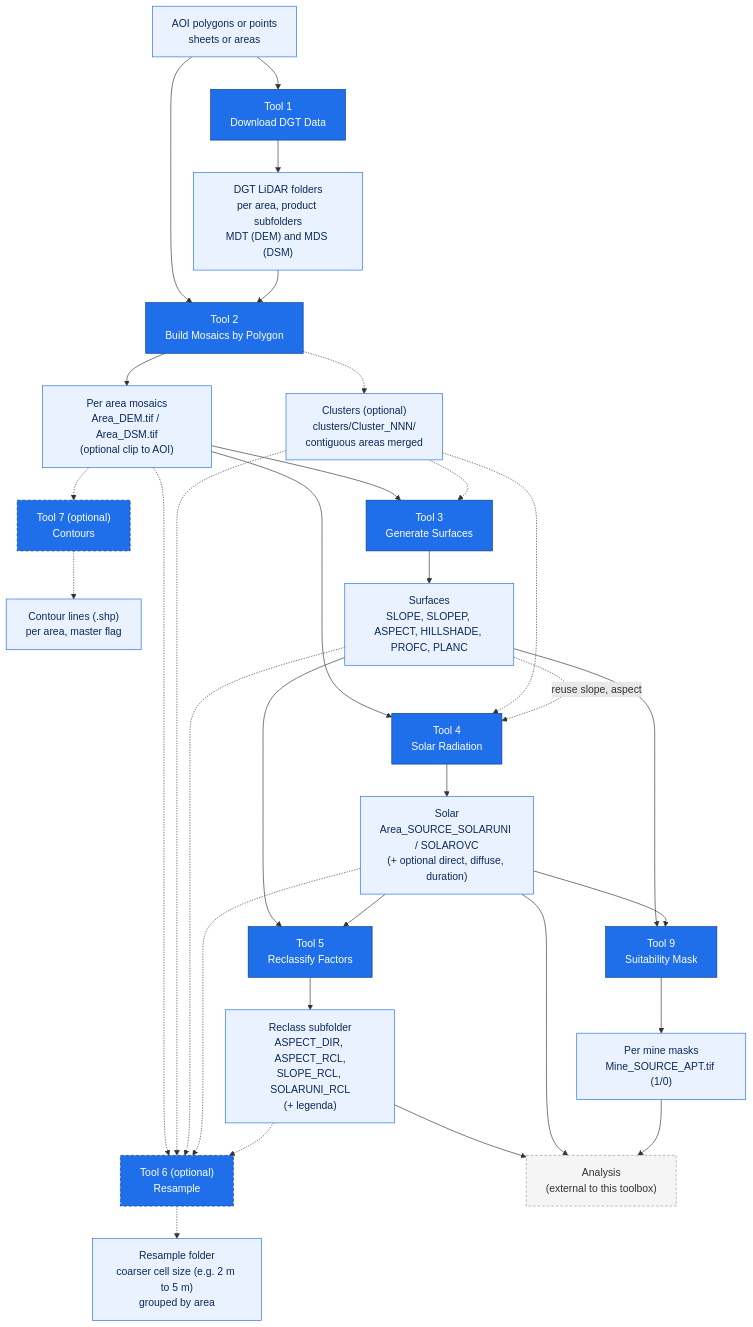
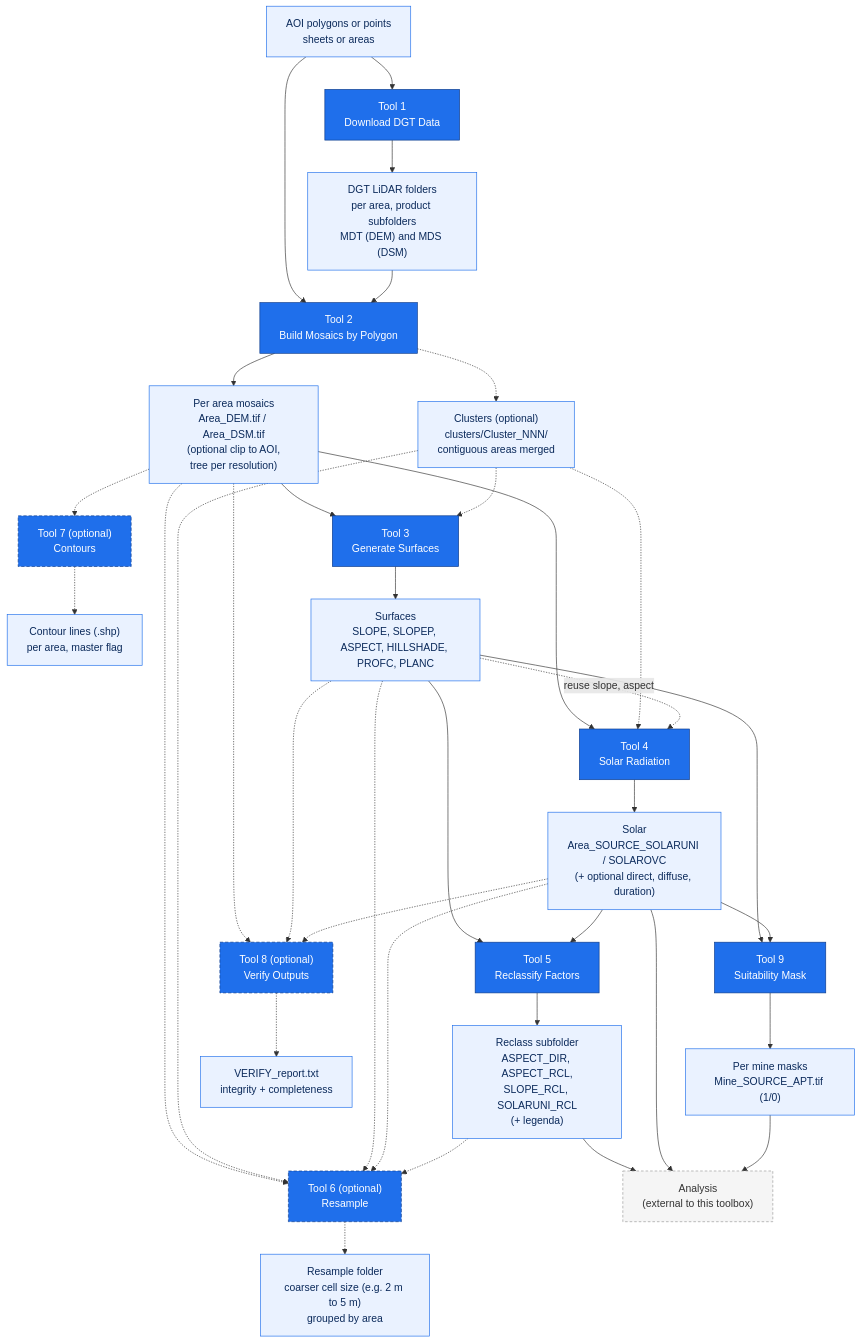
The diagram in README.md (PedroMMGoncalves/lidar-terrain-arcgis-tools), drawn with Mermaid before and after one commit. The commit also changed other lines of this file, not shown here.

````diff
--- a/README.md
+++ b/README.md
@@ -58,44 +58,48 @@
 ```mermaid
 flowchart TD
     AOI["AOI polygons or points<br/>sheets or areas"]
     AOI --> TDL["Tool 1<br/>Download DGT Data"]
     TDL --> LID["DGT LiDAR folders<br/>per area, product subfolders<br/>MDT (DEM) and MDS (DSM)"]
     AOI --> T1
     LID --> T1
     T1["Tool 2<br/>Build Mosaics by Polygon"]
-    T1 --> M["Per area mosaics<br/>Area_DEM.tif / Area_DSM.tif<br/>(optional clip to AOI)"]
+    T1 --> M["Per area mosaics<br/>Area_DEM.tif / Area_DSM.tif<br/>(optional clip to AOI,<br/>tree per resolution)"]
     T1 -.-> CL["Clusters (optional)<br/>clusters/Cluster_NNN/<br/>contiguous areas merged"]
     M --> T2["Tool 3<br/>Generate Surfaces"]
     M --> T3["Tool 4<br/>Solar Radiation"]
     M -.-> T5["Tool 6 (optional)<br/>Resample"]
     M -.-> CT["Tool 7 (optional)<br/>Contours"]
     CT -.-> CO["Contour lines (.shp)<br/>per area, master flag"]
     CL -.-> T2
     CL -.-> T3
     CL -.-> T5
     T2 --> S["Surfaces<br/>SLOPE, SLOPEP, ASPECT, HILLSHADE, PROFC, PLANC"]
     S -.->|reuse slope, aspect| T3
     T3 --> SOL["Solar<br/>Area_SOURCE_SOLARUNI / SOLAROVC<br/>(+ optional direct, diffuse, duration)"]
     T5 -.-> RS["Resample folder<br/>coarser cell size (e.g. 2 m to 5 m)<br/>grouped by area"]
     S -.-> T5
     SOL -.-> T5
     RCL -.-> T5
     S --> T4["Tool 5<br/>Reclassify Factors"]
     SOL --> T4
     T4 --> RCL["Reclass subfolder<br/>ASPECT_DIR, ASPECT_RCL,<br/>SLOPE_RCL, SOLARUNI_RCL<br/>(+ legenda)"]
     S --> T9["Tool 9<br/>Suitability Mask"]
     SOL --> T9
     T9 --> APT["Per mine masks<br/>Mine_SOURCE_APT.tif (1/0)"]
+    M -.-> V8["Tool 8 (optional)<br/>Verify Outputs"]
+    S -.-> V8
+    SOL -.-> V8
+    V8 -.-> REP["VERIFY_report.txt<br/>integrity + completeness"]
     RCL --> EXT["Analysis<br/>(external to this toolbox)"]
     SOL --> EXT
     APT --> EXT
 
     classDef tool fill:#1f6feb,stroke:#0d3b8a,color:#ffffff;
     classDef opttool fill:#1f6feb,stroke:#0d3b8a,color:#ffffff,stroke-dasharray:5 3;
     classDef data fill:#eaf2ff,stroke:#1f6feb,color:#0b2a5b;
     classDef ext fill:#f5f5f5,stroke:#999999,color:#333333,stroke-dasharray:4 3;
     class TDL,T1,T2,T3,T4,T9 tool;
-    class T5,CT opttool;
-    class AOI,LID,M,S,SOL,RCL,RS,CL,CO,APT data;
+    class T5,CT,V8 opttool;
+    class AOI,LID,M,S,SOL,RCL,RS,CL,CO,APT,REP data;
     class EXT ext;
 ```
````
